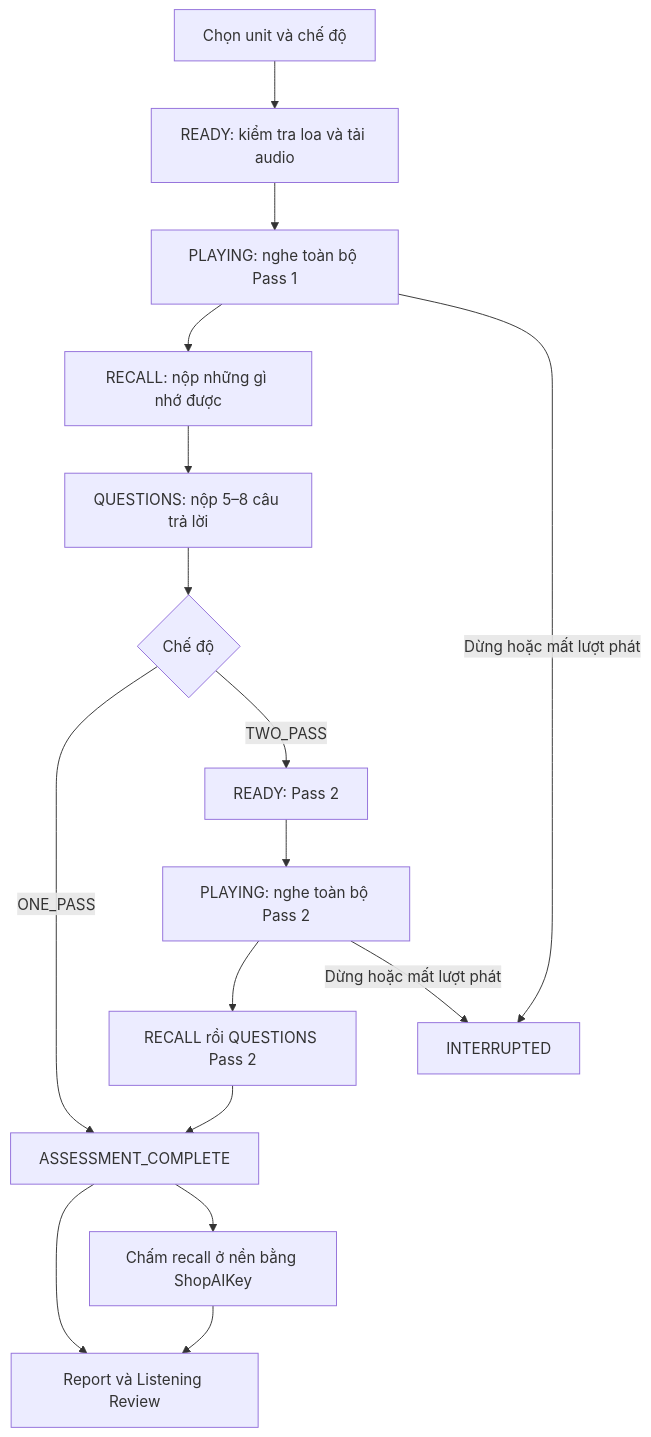
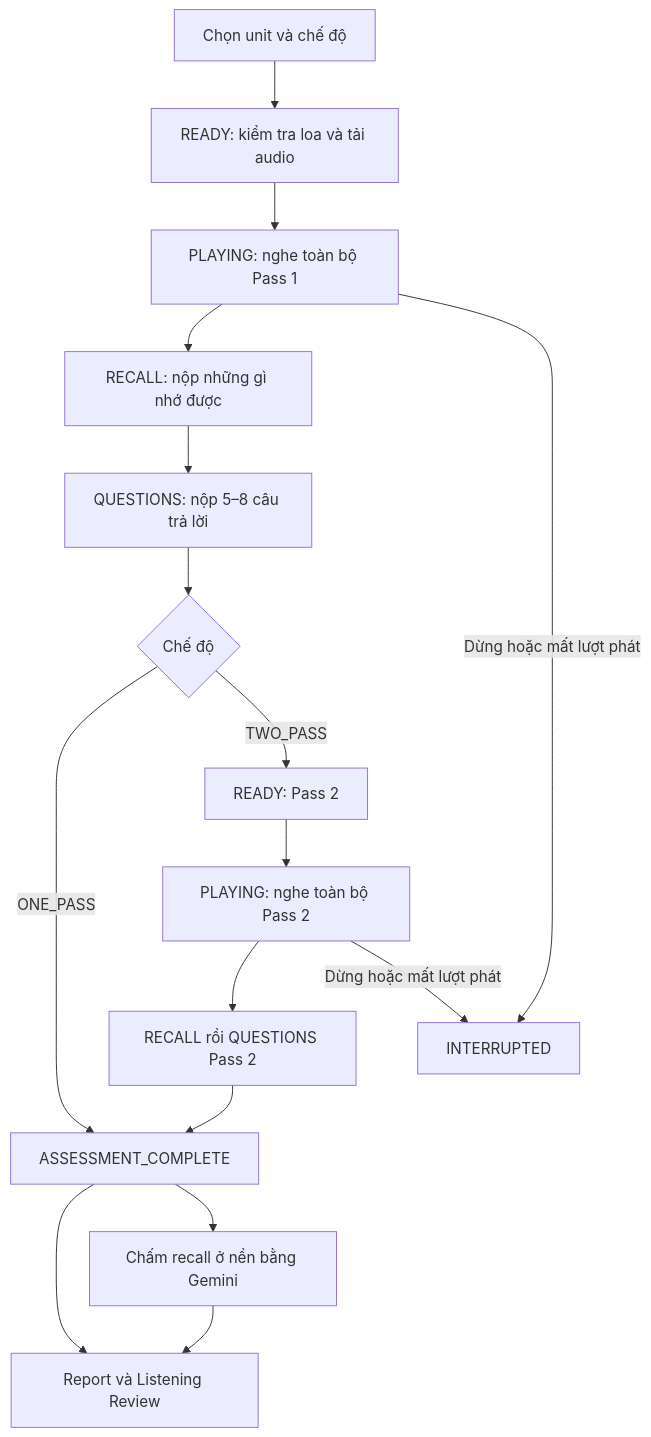
The first of 2 diagrams in docs/listening-comprehension-design.md (hoangptkd/dictalab-listening), drawn with Mermaid before and after one commit. The commit also changed other lines of this file and 81 other files, not shown here.

````diff
--- a/docs/listening-comprehension-design.md
+++ b/docs/listening-comprehension-design.md
@@ -95,18 +95,18 @@
 ```mermaid
 flowchart TD
     A[Chọn unit và chế độ] --> B[READY: kiểm tra loa và tải audio]
     B --> C[PLAYING: nghe toàn bộ Pass 1]
     C --> D[RECALL: nộp những gì nhớ được]
     D --> E[QUESTIONS: nộp 5–8 câu trả lời]
     E --> F{Chế độ}
     F -->|ONE_PASS| J[ASSESSMENT_COMPLETE]
     F -->|TWO_PASS| G[READY: Pass 2]
     G --> H[PLAYING: nghe toàn bộ Pass 2]
     H --> I[RECALL rồi QUESTIONS Pass 2]
     I --> J
     J --> K[Report và Listening Review]
-    J --> L[Chấm recall ở nền bằng ShopAIKey]
+    J --> L[Chấm recall ở nền bằng Gemini]
     L --> K
     C -->|Dừng hoặc mất lượt phát| M[INTERRUPTED]
     H -->|Dừng hoặc mất lượt phát| M
 ```
````
